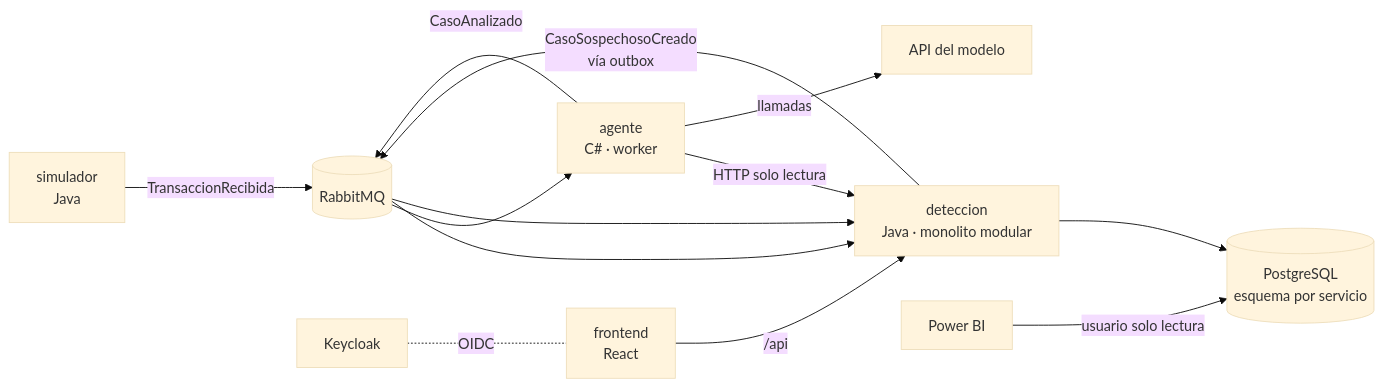
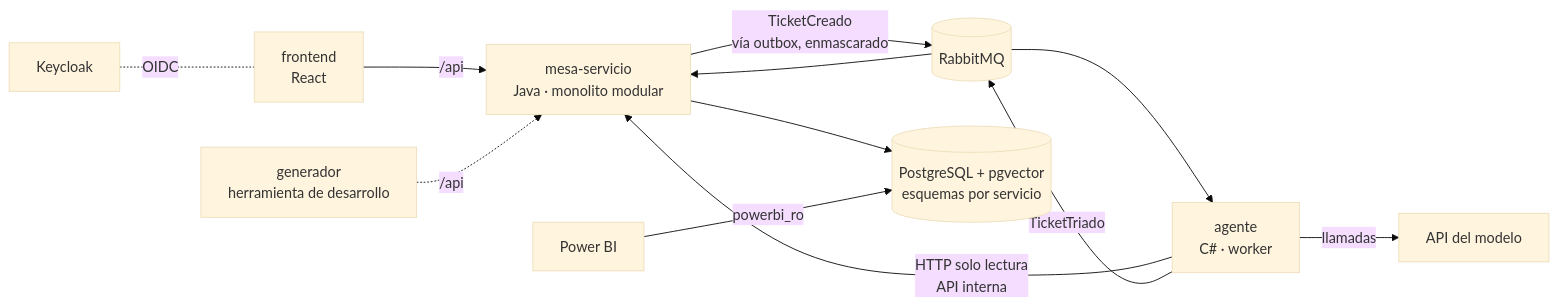
The diagram in docs/ARQUITECTURA.md (jpablom2804-ux/centinela), drawn with Mermaid (base theme) before and after one commit. The commit also changed other lines of this file and 15 other files, not shown here.

First line of the commit message:
Cambio de dominio a mesa de servicio (ADR-003) y cierre de la fase 0

````diff
--- a/docs/ARQUITECTURA.md
+++ b/docs/ARQUITECTURA.md
@@ -7,15 +7,14 @@
 ```mermaid
 flowchart LR
-    SIM[simulador<br/>Java] -- TransaccionRecibida --> MQ[(RabbitMQ)]
-    MQ --> DET[deteccion<br/>Java · monolito modular]
-    DET -- CasoSospechosoCreado<br/>vía outbox --> MQ
+    FE[frontend<br/>React] -- /api --> MS[mesa-servicio<br/>Java · monolito modular]
+    MS -- TicketCreado<br/>vía outbox, enmascarado --> MQ[(RabbitMQ)]
     MQ --> AGE[agente<br/>C# · worker]
-    AGE -- HTTP solo lectura --> DET
+    AGE -- HTTP solo lectura<br/>API interna --> MS
     AGE -- llamadas --> LLM[API del modelo]
-    AGE -- CasoAnalizado --> MQ
-    MQ --> DET
-    FE[frontend<br/>React] -- /api --> DET
-    DET --> PG[(PostgreSQL<br/>esquema por servicio)]
-    BI[Power BI] -- usuario solo lectura --> PG
+    AGE -- TicketTriado --> MQ
+    MQ --> MS
+    MS --> PG[(PostgreSQL + pgvector<br/>esquemas por servicio)]
+    BI[Power BI] -- powerbi_ro --> PG
     KC[Keycloak] -. OIDC .- FE
+    GEN[generador<br/>herramienta de desarrollo] -. /api .-> MS
 ```
````
